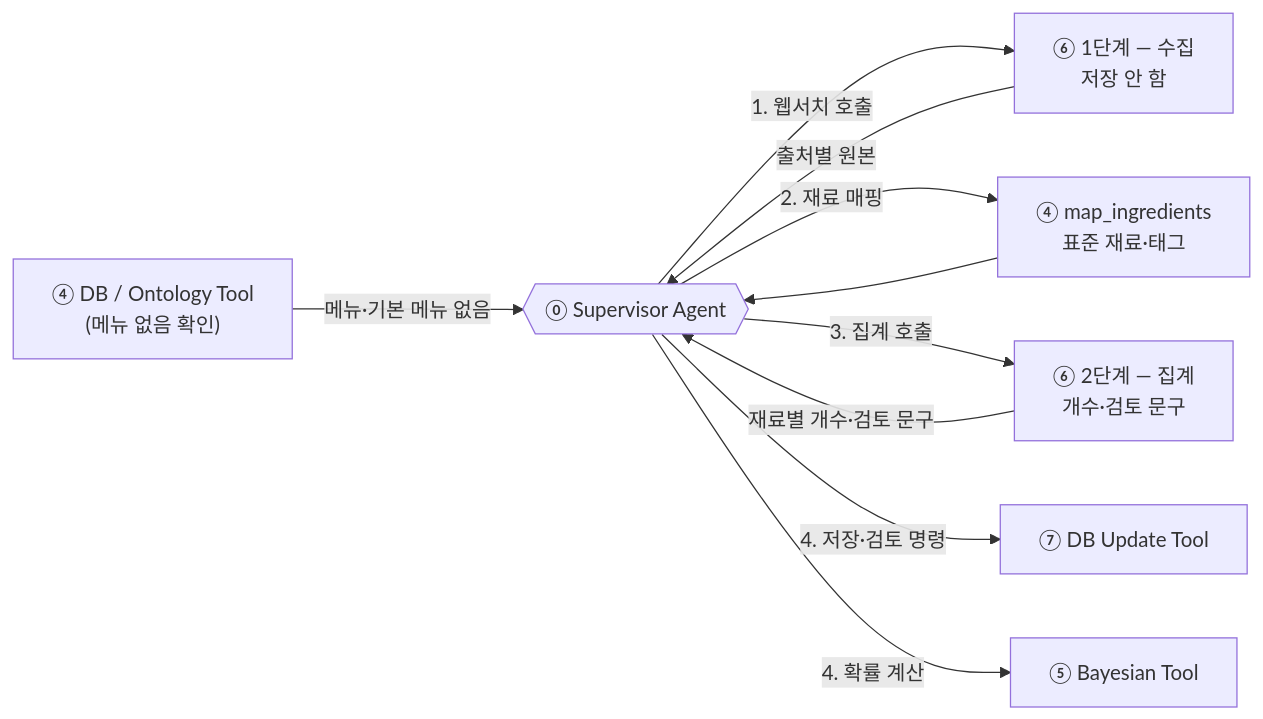
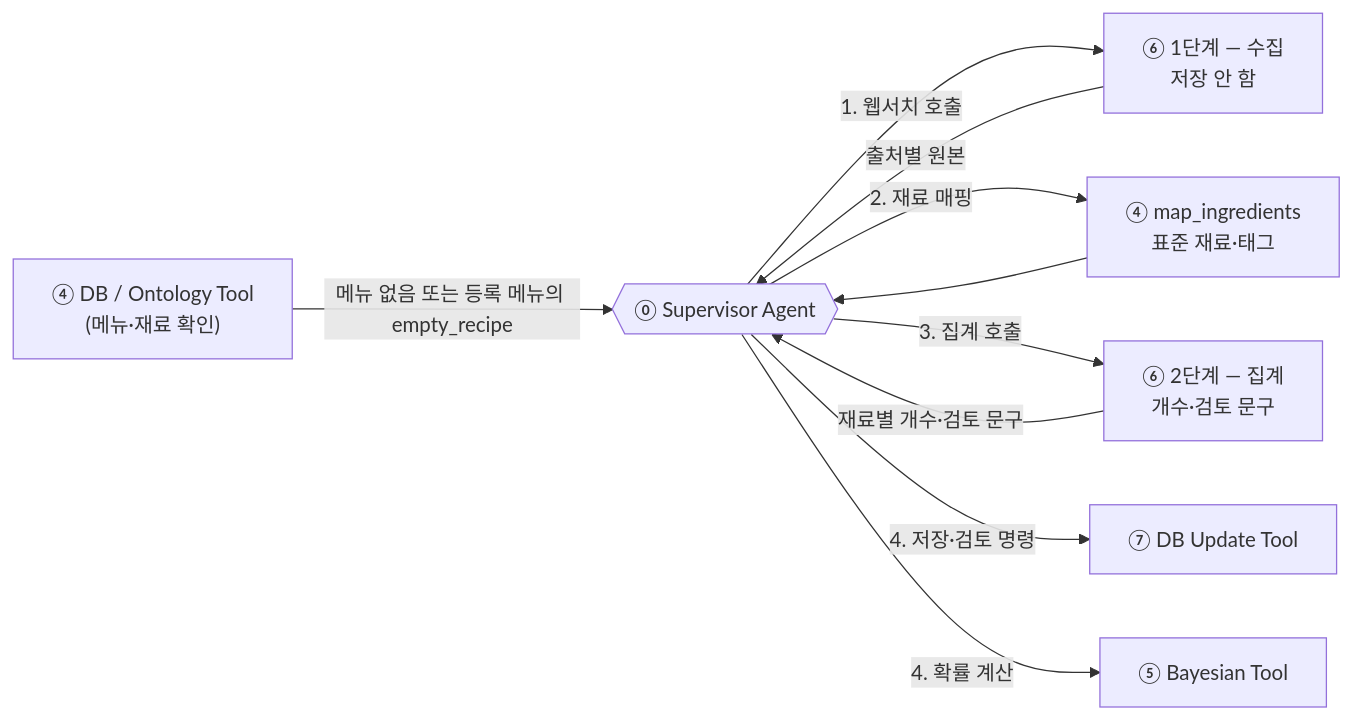
One commit to Han-Spoon/ai changed the first of 2 diagrams in docs/6-agent-websearch.md. Above: the diagram before and after it, drawn with Mermaid. The commit also changed other lines of this file and 6 other files, not shown here.

````diff
--- a/docs/6-agent-websearch.md
+++ b/docs/6-agent-websearch.md
@@ -27,12 +27,12 @@
 ```mermaid
 graph LR
-    ONTO["④ DB / Ontology Tool<br/>(메뉴 없음 확인)"] -->|"메뉴·기본 메뉴 없음"| SUP{{⓪ Supervisor Agent}}
+    ONTO["④ DB / Ontology Tool<br/>(메뉴·재료 확인)"] -->|"메뉴 없음 또는 등록 메뉴의 empty_recipe"| SUP{{⓪ Supervisor Agent}}
     SUP -->|"1. 웹서치 호출"| WEB1["⑥ 1단계 — 수집<br/>저장 안 함"]
     WEB1 -->|"출처별 원본"| SUP
     SUP -->|"2. 재료 매핑"| MAP["④ map_ingredients<br/>표준 재료·태그"]
     MAP --> SUP
     SUP -->|"3. 집계 호출"| WEB2["⑥ 2단계 — 집계<br/>개수·검토 문구"]
     WEB2 -->|"재료별 개수·검토 문구"| SUP
     SUP -->|"4. 저장·검토 명령"| DBUP["⑦ DB Update Tool"]
     SUP -->|"4. 확률 계산"| BAYES["⑤ Bayesian Tool"]
 ```
````
